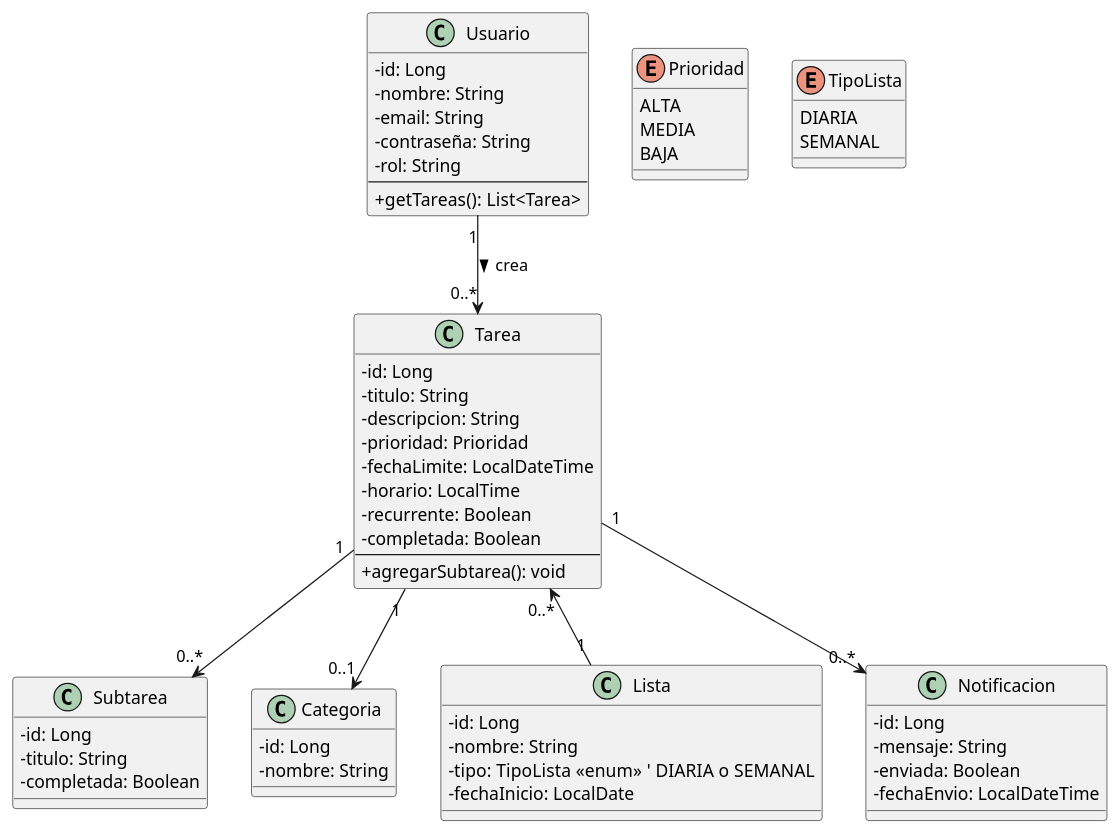
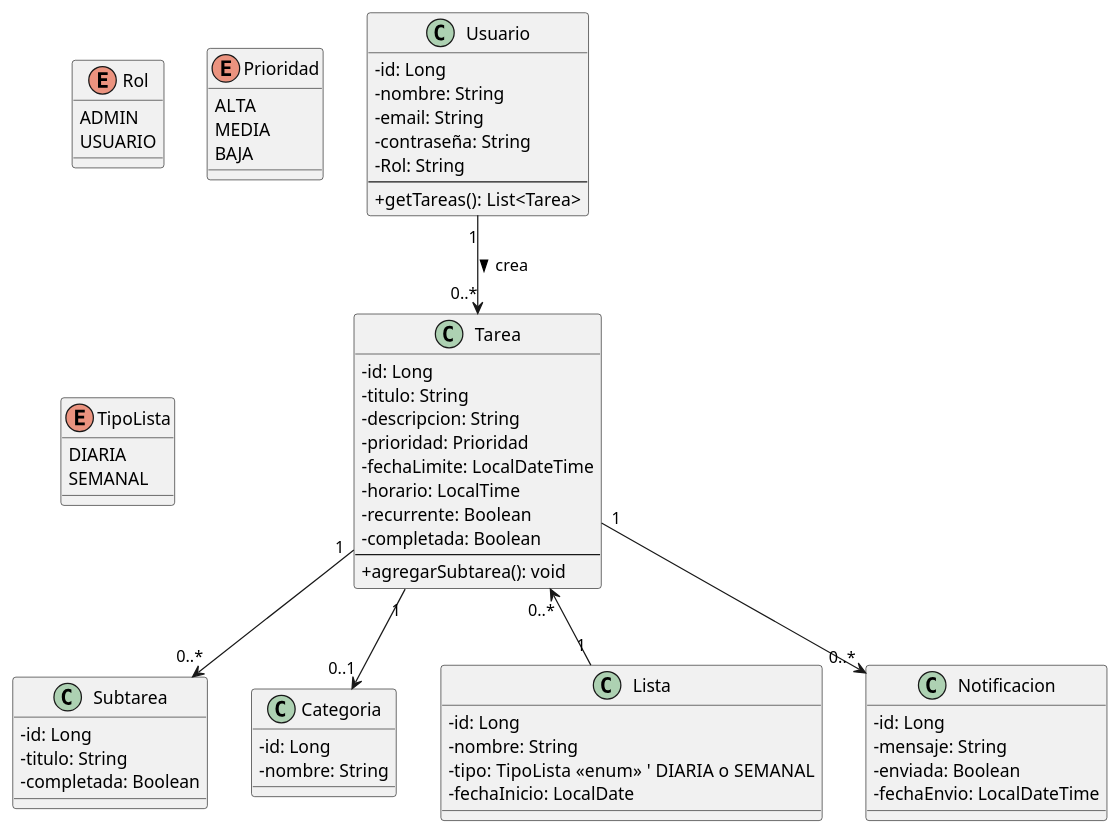
The diagram in diagramas/diagrama-clases.plantuml (AndresMes/To-Do-App), drawn with PlantUML before and after one commit. The commit also changed 27 other files, not shown here.

```diff
--- a/diagramas/diagrama-clases.plantuml
+++ b/diagramas/diagrama-clases.plantuml
@@ -1,72 +1,77 @@
 @startuml
 skinparam classAttributeIconSize 0
 
 '===== ENTIDADES PRINCIPALES =====
 class Usuario {
   - id: Long
   - nombre: String
   - email: String
   - contraseña: String
-  - rol: String
+  - Rol: String
   --
   +getTareas(): List<Tarea>
+}
+
+enum Rol {
+  ADMIN
+  USUARIO
 }
 
 class Tarea {
   - id: Long
   - titulo: String
   - descripcion: String
   - prioridad: Prioridad
   - fechaLimite: LocalDateTime
   - horario: LocalTime
   - recurrente: Boolean
   - completada: Boolean
   --
   +agregarSubtarea(): void
 }
 
 class Subtarea {
   - id: Long
   - titulo: String
   - completada: Boolean
 }
 
 class Categoria {
   - id: Long
   - nombre: String
 }
 
 class Lista {
   - id: Long
   - nombre: String
   - tipo: TipoLista <<enum>>  ' DIARIA o SEMANAL
   - fechaInicio: LocalDate
 }
 
 class Notificacion {
   - id: Long
   - mensaje: String
   - enviada: Boolean
   - fechaEnvio: LocalDateTime
 }
 
 enum Prioridad {
   ALTA
   MEDIA
   BAJA
 }
 
 enum TipoLista {
   DIARIA
   SEMANAL
 }
 
 '===== RELACIONES =====
 
 Usuario "1" --> "0..*" Tarea : crea >
 Tarea "1" --> "0..*" Subtarea
 Tarea "1" --> "0..1" Categoria
 Tarea "0..*" <-- "1" Lista
 Tarea "1" --> "0..*" Notificacion
 
 @enduml
```
